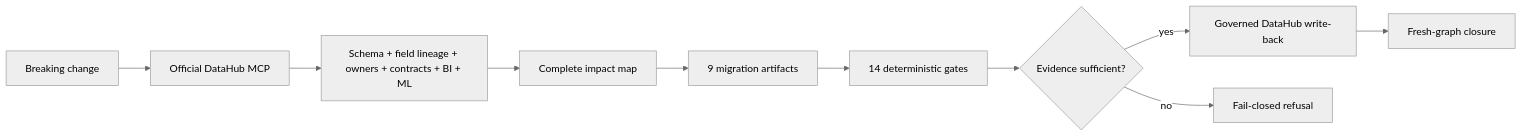
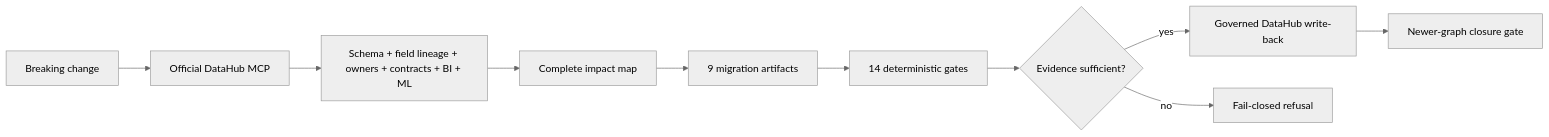
Before and after one commit to agentic-build-lab/evidencegraph-datahub: the diagram in README.md, drawn with Mermaid (neutral theme). The commit also changed other lines of this file and 71 other files, not shown here.

````diff
--- a/README.md
+++ b/README.md
@@ -32,12 +35,12 @@
 ```mermaid
 flowchart LR
   C["Breaking change"] --> M["Official DataHub MCP"]
   M --> G["Schema + field lineage + owners + contracts + BI + ML"]
   G --> I["Complete impact map"]
   I --> A["9 migration artifacts"]
   A --> V["14 deterministic gates"]
   V --> S{"Evidence sufficient?"}
   S -->|"yes"| W["Governed DataHub write-back"]
   S -->|"no"| R["Fail-closed refusal"]
-  W --> F["Fresh-graph closure"]
+  W --> F["Newer-graph closure gate"]
 ```
````
